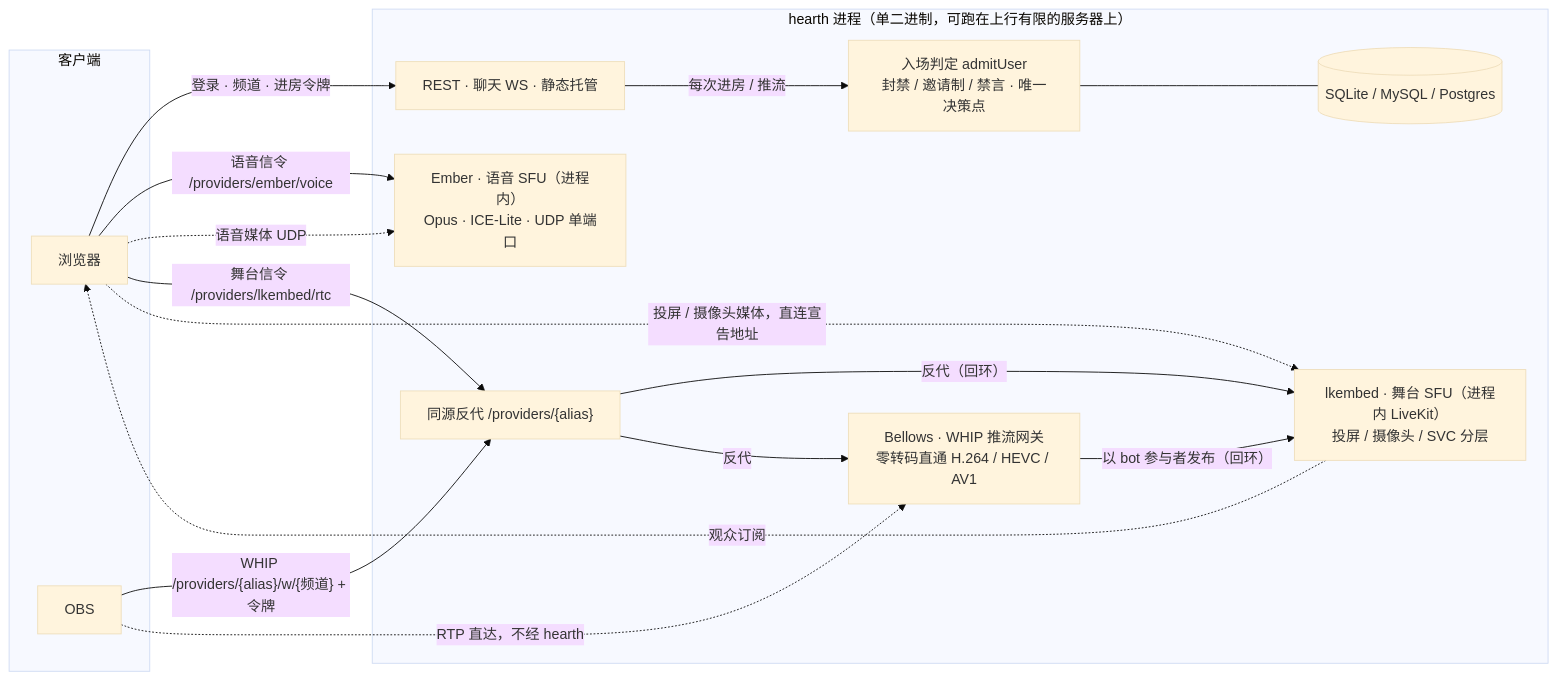
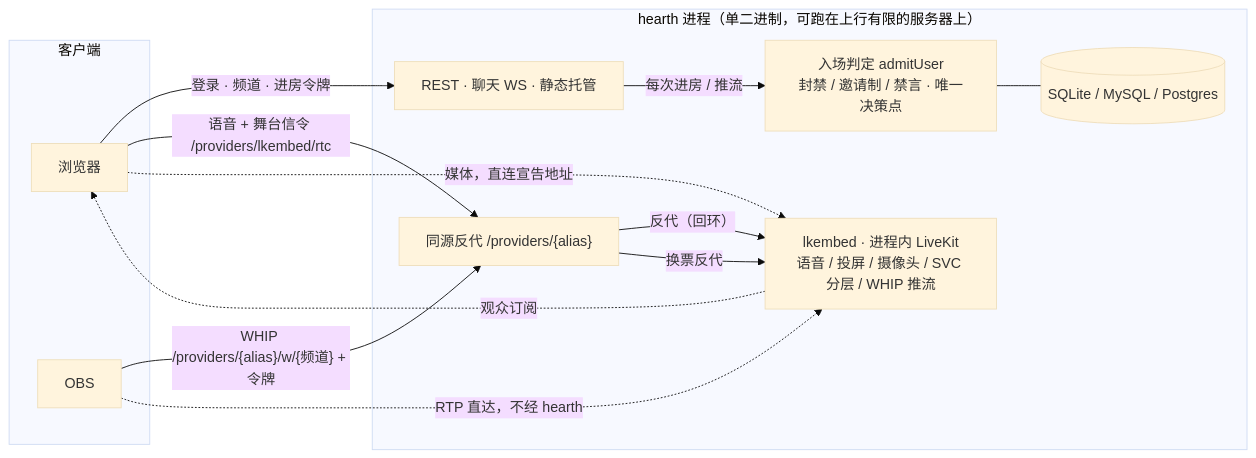
Before and after one commit to xiaoshao9704/hearth: the diagram in README.md, drawn with Mermaid (base theme). The commit also changed other lines of this file and 17 other files, not shown here.

````diff
--- a/README.md
+++ b/README.md
@@ -25,34 +25,28 @@
 ```mermaid
 flowchart LR
   subgraph clients["客户端"]
     B["浏览器"]
     O["OBS"]
   end
 
   subgraph hearth["hearth 进程（单二进制，可跑在上行有限的服务器上）"]
     API["REST · 聊天 WS · 静态托管"]
     ADM["入场判定 admitUser<br/>封禁 / 邀请制 / 禁言 · 唯一决策点"]
     DB[("SQLite / MySQL / Postgres")]
-    EMB["Ember · 语音 SFU（进程内）<br/>Opus · ICE-Lite · UDP 单端口"]
-    LKE["lkembed · 舞台 SFU（进程内 LiveKit）<br/>投屏 / 摄像头 / SVC 分层"]
-    BEL["Bellows · WHIP 推流网关<br/>零转码直通 H.264 / HEVC / AV1"]
+    LKE["lkembed · 进程内 LiveKit<br/>语音 / 投屏 / 摄像头 / SVC 分层 / WHIP 推流"]
     PRX["同源反代 /providers/{alias}"]
   end
 
   B -- "登录 · 频道 · 进房令牌" --> API
   API -- "每次进房 / 推流" --> ADM
   ADM --- DB
 
-  B -- "语音信令 /providers/ember/voice" --> EMB
-  B -. "语音媒体 UDP" .-> EMB
-
-  B -- "舞台信令 /providers/lkembed/rtc" --> PRX
+  B -- "语音 + 舞台信令 /providers/lkembed/rtc" --> PRX
   PRX -- "反代（回环）" --> LKE
-  B -. "投屏 / 摄像头媒体，直连宣告地址" .-> LKE
+  B -. "媒体，直连宣告地址" .-> LKE
   LKE -. "观众订阅" .-> B
 
   O -- "WHIP /providers/{alias}/w/{频道} + 令牌" --> PRX
-  PRX -- "反代" --> BEL
-  O -. "RTP 直达，不经 hearth" .-> BEL
-  BEL -- "以 bot 参与者发布（回环）" --> LKE
+  PRX -- "换票反代" --> LKE
+  O -. "RTP 直达，不经 hearth" .-> LKE
 ```
````
